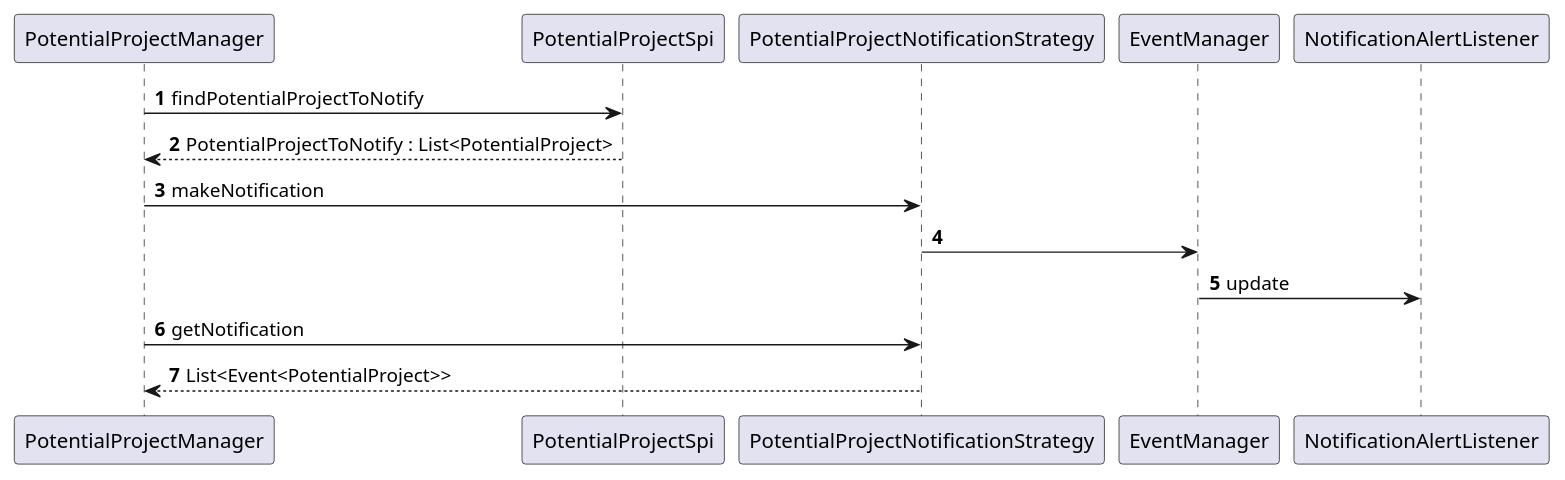
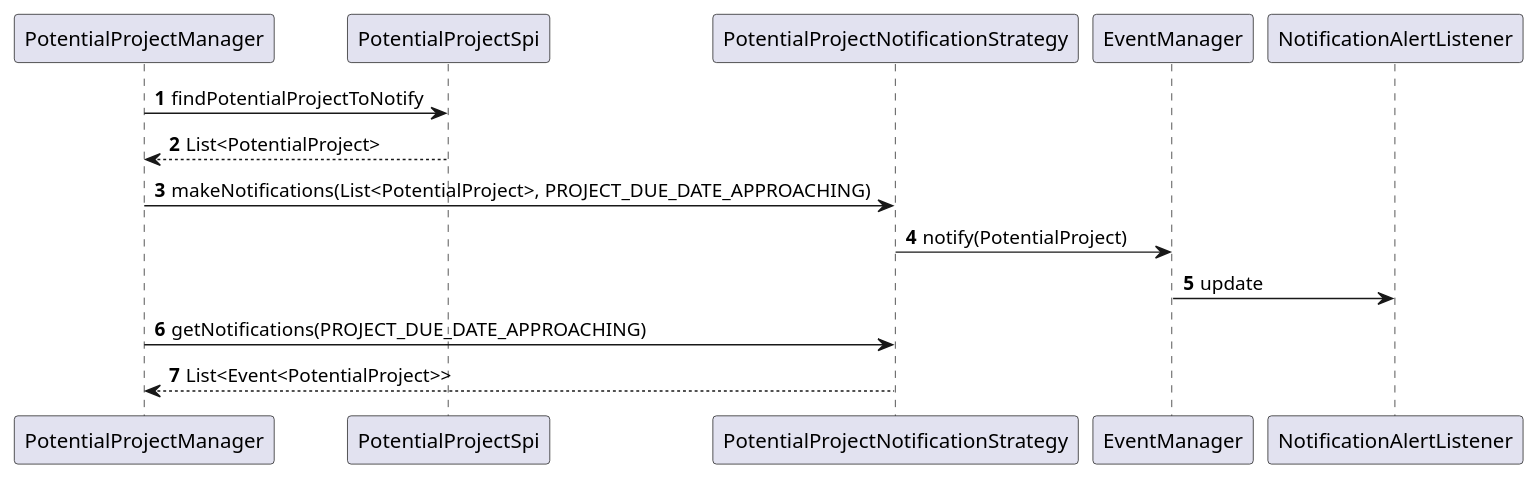
Before and after one commit to FFN-Team/Smart_Immo: the diagram in smartimmo/src/docs/asciidoc/models/v0.0.2/gf_event/PotentialProjectNotificationSequence.puml, drawn with PlantUML. The commit also changed 2 other files, not shown here.

Commit message:
TI-115 - documentation(ascii) : improve plantuml

```diff
--- a/smartimmo/src/docs/asciidoc/models/v0.0.2/gf_event/PotentialProjectNotificationSequence.puml
+++ b/smartimmo/src/docs/asciidoc/models/v0.0.2/gf_event/PotentialProjectNotificationSequence.puml
@@ -1,13 +1,13 @@
 @startuml
 'https://plantuml.com/sequence-diagram
 
 autonumber
 
 PotentialProjectManager -> PotentialProjectSpi: findPotentialProjectToNotify
-PotentialProjectManager <-- PotentialProjectSpi: PotentialProjectToNotify : List<PotentialProject>
-PotentialProjectManager -> PotentialProjectNotificationStrategy : makeNotification
-PotentialProjectNotificationStrategy -> EventManager
+PotentialProjectManager <-- PotentialProjectSpi: List<PotentialProject>
+PotentialProjectManager -> PotentialProjectNotificationStrategy : makeNotifications(List<PotentialProject>, PROJECT_DUE_DATE_APPROACHING)
+PotentialProjectNotificationStrategy -> EventManager : notify(PotentialProject)
 EventManager -> NotificationAlertListener : update
-PotentialProjectManager -> PotentialProjectNotificationStrategy : getNotification
+PotentialProjectManager -> PotentialProjectNotificationStrategy : getNotifications(PROJECT_DUE_DATE_APPROACHING)
 PotentialProjectManager <-- PotentialProjectNotificationStrategy : List<Event<PotentialProject>>
 @enduml
```
